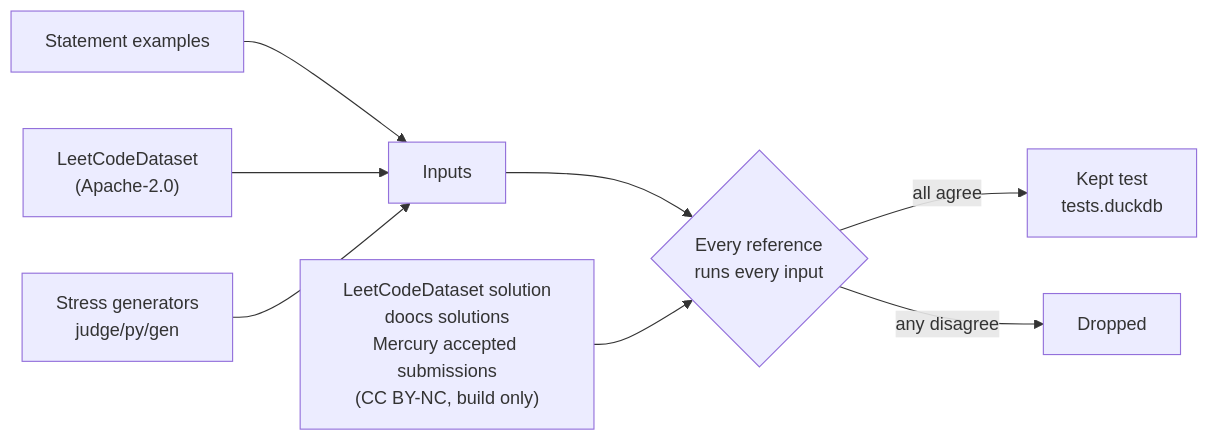
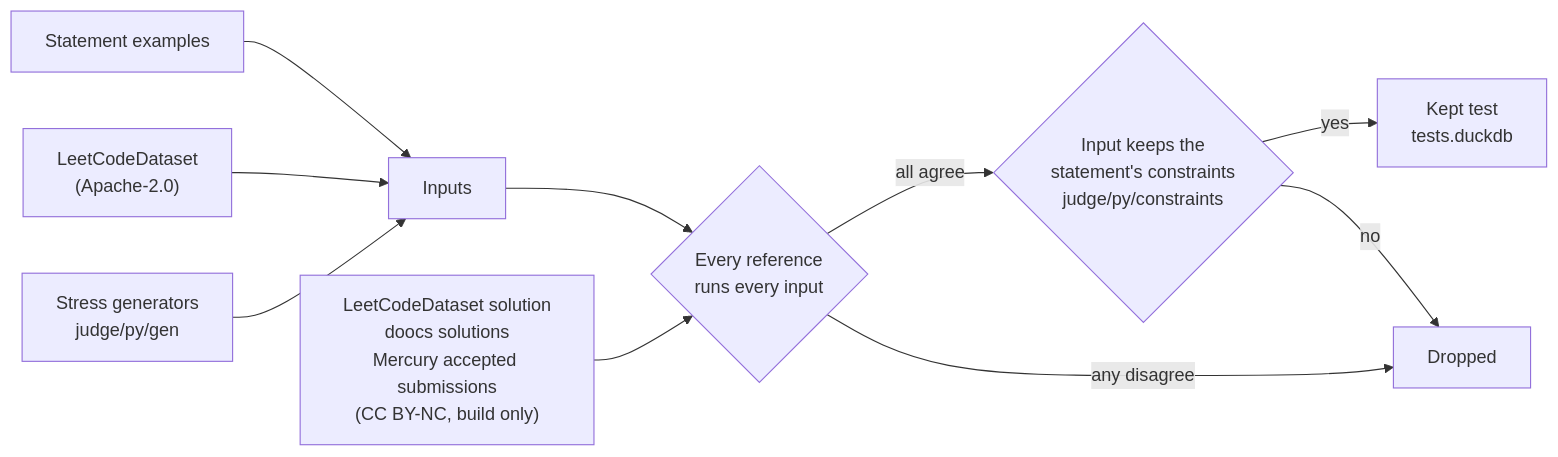
Before and after one commit to nsudhanva/openleet: the third of 3 diagrams in docs/architecture.md, drawn with Mermaid. The commit also changed other lines of this file and 2760 other files, not shown here.

First line of the commit message:
fix(judge): drop every test whose input breaks its problem's constraints

````diff
--- a/docs/architecture.md
+++ b/docs/architecture.md
@@ -100,10 +100,12 @@
 ```mermaid
 flowchart LR
     E[Statement examples] --> I[Inputs]
     L["LeetCodeDataset<br/>(Apache-2.0)"] --> I
     G["Stress generators<br/>judge/py/gen"] --> I
     I --> R{"Every reference<br/>runs every input"}
     R1["LeetCodeDataset solution<br/>doocs solutions<br/>Mercury accepted submissions<br/>(CC BY-NC, build only)"] --> R
-    R -- all agree --> K["Kept test<br/>tests.duckdb"]
+    R -- all agree --> C{"Input keeps the<br/>statement's constraints<br/>judge/py/constraints"}
     R -- any disagree --> X[Dropped]
+    C -- yes --> K["Kept test<br/>tests.duckdb"]
+    C -- no --> X
 ```
````
